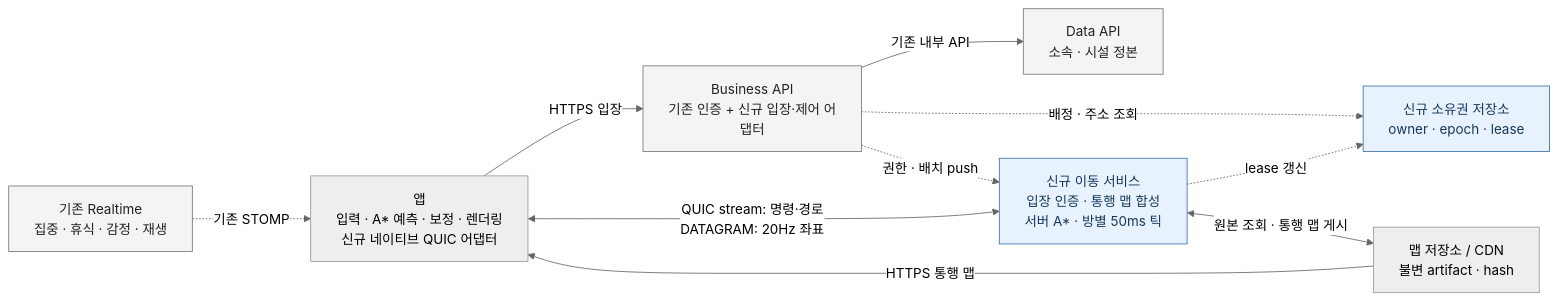
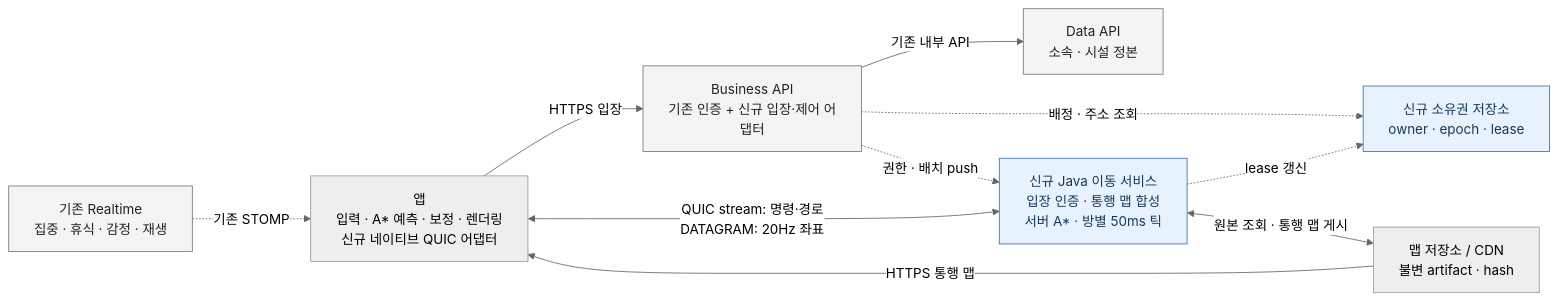
One commit to OneOrThree/phone changed the diagram in docs/prd/fishcat/island-movement/diagrams/01-architecture.mmd. Above: the diagram before and after it, drawn with Mermaid (neutral theme). The commit also changed 11 other files, not shown here.

```diff
--- a/docs/prd/fishcat/island-movement/diagrams/01-architecture.mmd
+++ b/docs/prd/fishcat/island-movement/diagrams/01-architecture.mmd
@@ -1,21 +1,21 @@
 flowchart LR
   App[앱<br/>입력 · A* 예측 · 보정 · 렌더링<br/>신규 네이티브 QUIC 어댑터]
   Business[Business API<br/>기존 인증 + 신규 입장·제어 어댑터]
   Data[Data API<br/>소속 · 시설 정본]
-  Movement[신규 이동 서비스<br/>입장 인증 · 통행 맵 합성<br/>서버 A* · 방별 50ms 틱]
+  Movement[신규 Java 이동 서비스<br/>입장 인증 · 통행 맵 합성<br/>서버 A* · 방별 50ms 틱]
   Owner[신규 소유권 저장소<br/>owner · epoch · lease]
   Maps[맵 저장소 / CDN<br/>불변 artifact · hash]
   Realtime[기존 Realtime<br/>집중 · 휴식 · 감정 · 재생]
   App -->|HTTPS 입장| Business
   Business -->|기존 내부 API| Data
   Business -. 권한 · 배치 push .-> Movement
   Business -. 배정 · 주소 조회 .-> Owner
   App <-->|QUIC stream: 명령·경로<br/>DATAGRAM: 20Hz 좌표| Movement
   Movement -. lease 갱신 .-> Owner
   Movement <-->|원본 조회 · 통행 맵 게시| Maps
   Maps -->|HTTPS 통행 맵| App
   Realtime -. 기존 STOMP .-> App
   classDef proposed fill:#e8f2ff,stroke:#3971a8,color:#183858
   classDef existing fill:#f4f4f4,stroke:#777,color:#222
   class Movement,Owner proposed
   class Business,Data,Realtime existing
```
